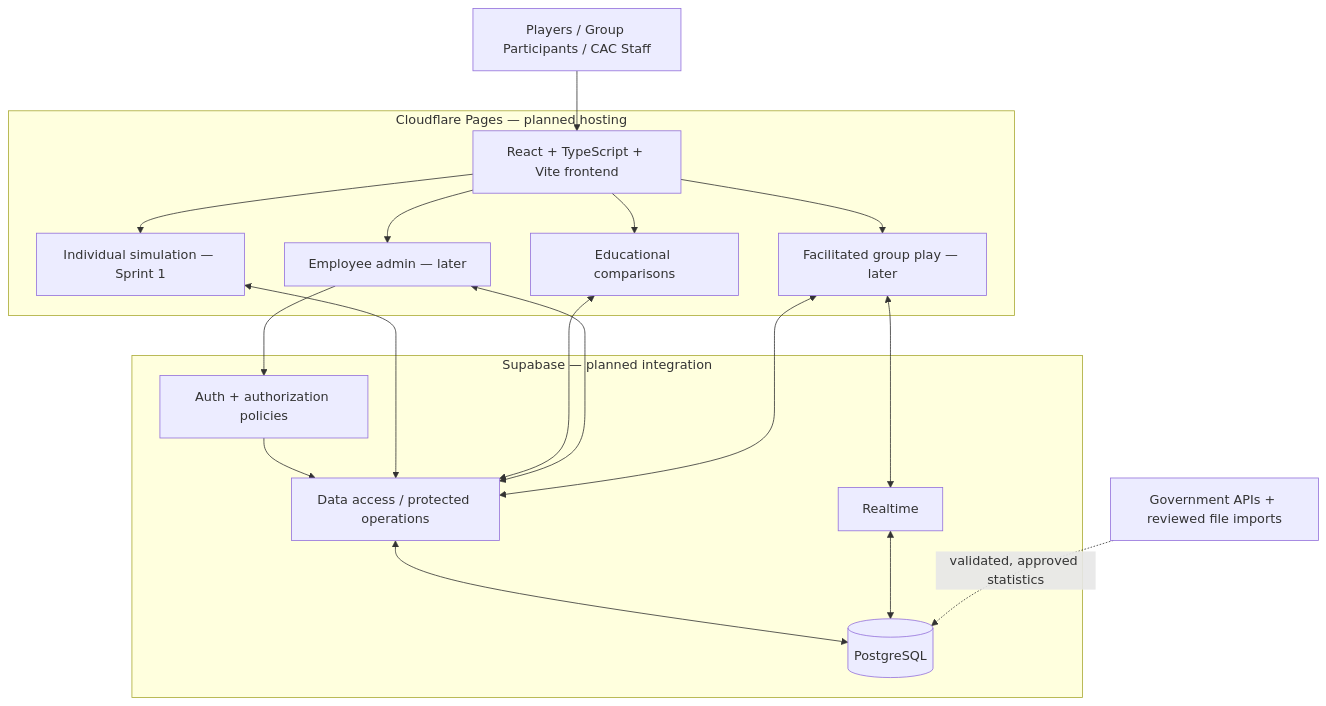
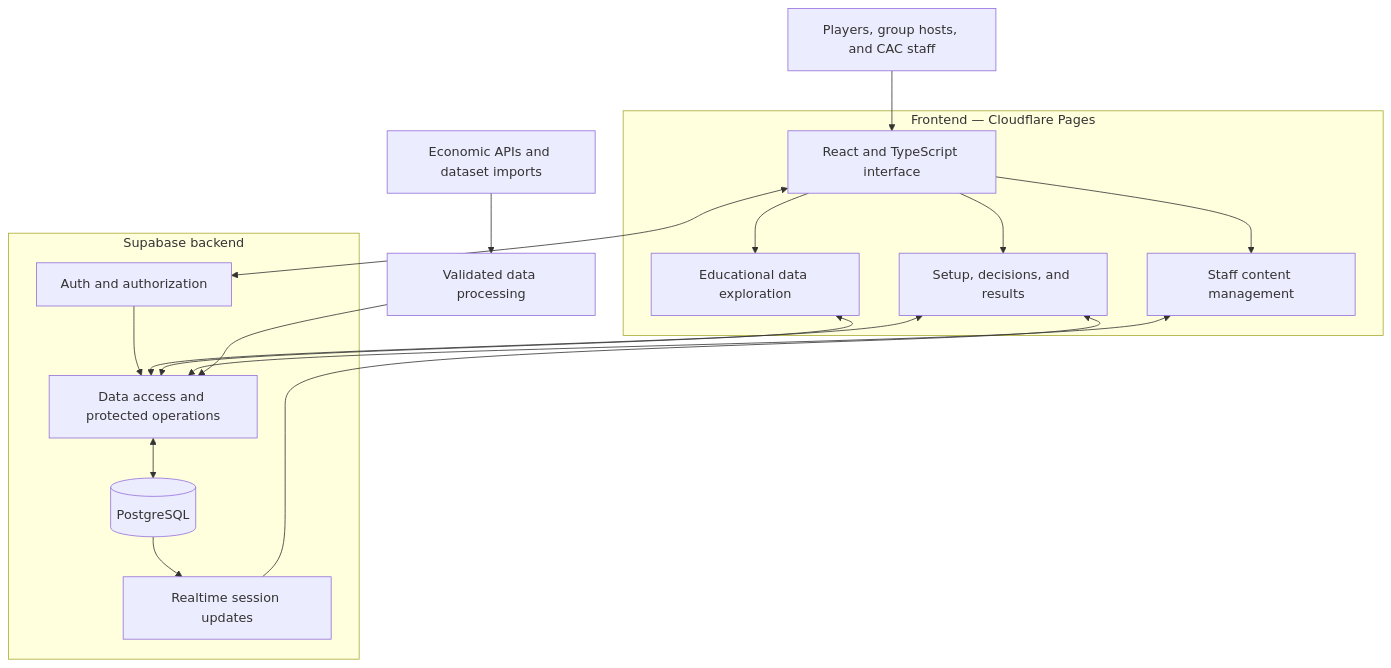
The diagram in docs/architecture.md (mariannglasier/team6310), drawn with Mermaid before and after one commit. The commit also changed other lines of this file and 1 other file, not shown here.

Commit message:
Update AGENTS and architecture

````diff
--- a/docs/architecture.md
+++ b/docs/architecture.md
@@ -24,32 +32,29 @@
 ```mermaid
 flowchart TD
-    PEOPLE[Players / Group Participants / CAC Staff]
-    subgraph WEB[Cloudflare Pages — planned hosting]
-        UI[React + TypeScript + Vite frontend]
-        SIM[Individual simulation — Sprint 1]
-        GROUP[Facilitated group play — later]
-        ADMIN[Employee admin — later]
-        VIZ[Educational comparisons]
-        UI --> SIM
-        UI --> GROUP
-        UI --> ADMIN
-        UI --> VIZ
+    USERS["Players, group hosts, and CAC staff"] --> UI
+    subgraph FRONTEND["Frontend — Cloudflare Pages"]
+        UI["React and TypeScript interface"]
+        PLAY["Setup, decisions, and results"]
+        DATA["Educational data exploration"]
+        STAFF["Staff content management"]
+        UI --> PLAY
+        UI --> DATA
+        UI --> STAFF
     end
-    PEOPLE --> UI
-    subgraph SUPA[Supabase — planned integration]
-        ACCESS[Data access / protected operations]
-        AUTH[Auth + authorization policies]
-        REALTIME[Realtime]
-        DB[(PostgreSQL)]
-        ACCESS <--> DB
-        AUTH --> ACCESS
-        REALTIME <--> DB
+    subgraph BACKEND["Supabase backend"]
+        AUTH["Auth and authorization"]
+        OPS["Data access and protected operations"]
+        RT["Realtime session updates"]
+        DB[("PostgreSQL")]
+        AUTH --> OPS
+        OPS <--> DB
+        DB --> RT
     end
-    SIM <--> ACCESS
-    VIZ <--> ACCESS
-    ADMIN --> AUTH
-    ADMIN <--> ACCESS
-    GROUP <--> ACCESS
-    GROUP <--> REALTIME
-    SOURCES[Government APIs + reviewed file imports] -. validated, approved statistics .-> DB
+    UI <--> AUTH
+    PLAY <--> OPS
+    DATA <--> OPS
+    STAFF <--> OPS
+    RT --> PLAY
+    SOURCES["Economic APIs and dataset imports"] --> INGEST["Validated data processing"]
+    INGEST --> OPS
 ```
````
